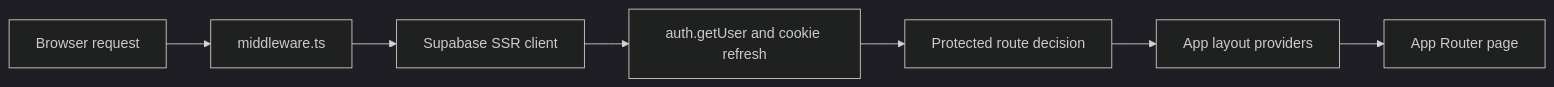
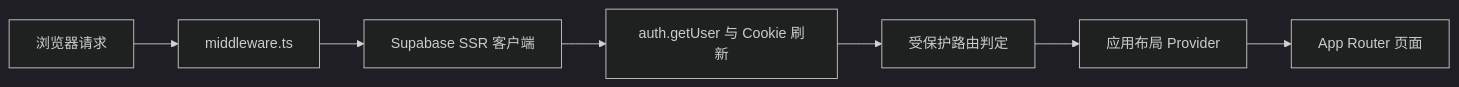
One commit to hainoir/club-platform changed the first of 3 diagrams in docs/architecture.md. Above: the diagram before and after it, drawn with Mermaid (dark theme). The commit also changed other lines of this file and 48 other files, not shown here.

````diff
--- a/docs/architecture.md
+++ b/docs/architecture.md
@@ -7,9 +7,9 @@
 ```mermaid
 flowchart LR
-    Browser["Browser request"] --> Middleware["middleware.ts"]
-    Middleware --> SupabaseSSR["Supabase SSR client"]
-    SupabaseSSR --> Auth["auth.getUser and cookie refresh"]
-    Auth --> Protected["Protected route decision"]
-    Protected --> Layout["App layout providers"]
-    Layout --> Page["App Router page"]
+    Browser["浏览器请求"] --> Middleware["middleware.ts"]
+    Middleware --> SupabaseSSR["Supabase SSR 客户端"]
+    SupabaseSSR --> Auth["auth.getUser 与 Cookie 刷新"]
+    Auth --> Protected["受保护路由判定"]
+    Protected --> Layout["应用布局 Provider"]
+    Layout --> Page["App Router 页面"]
 ```
````
